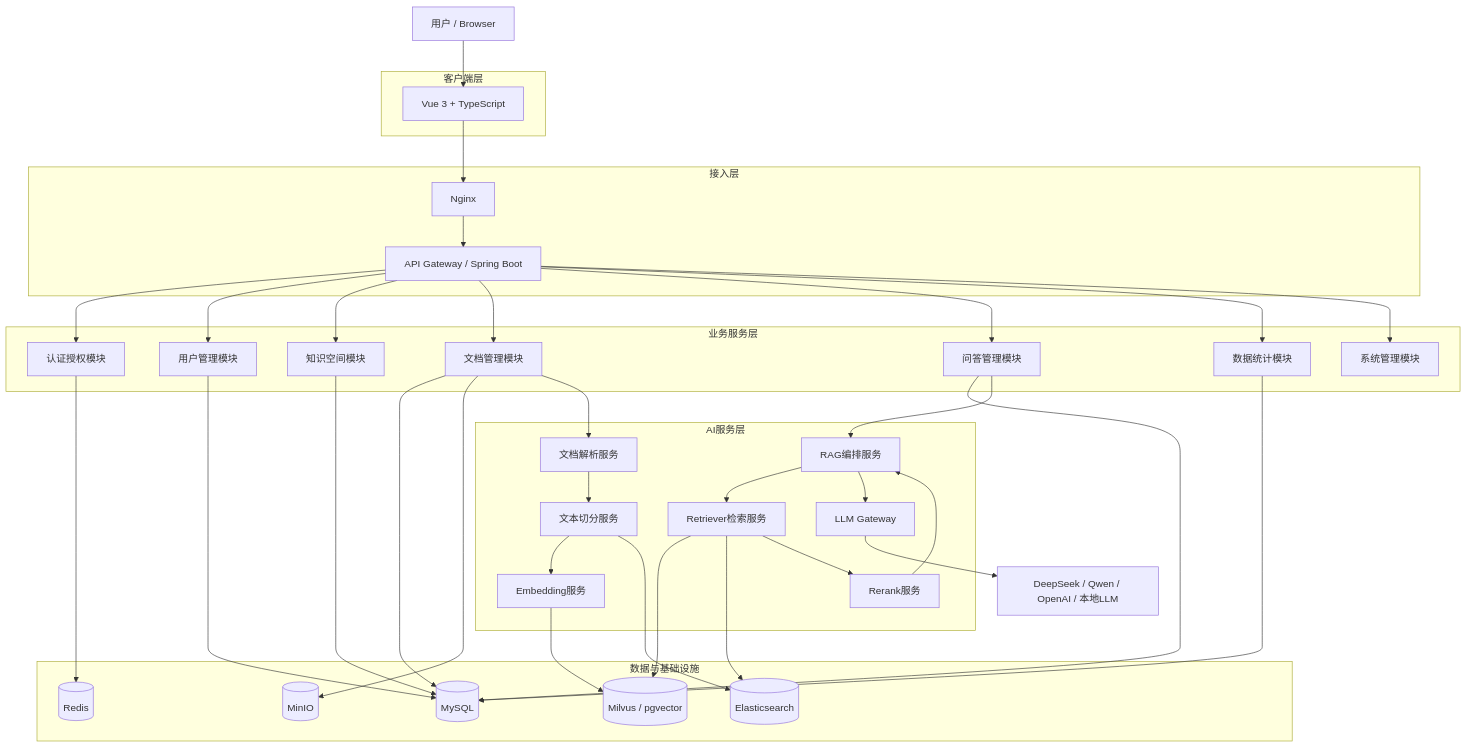
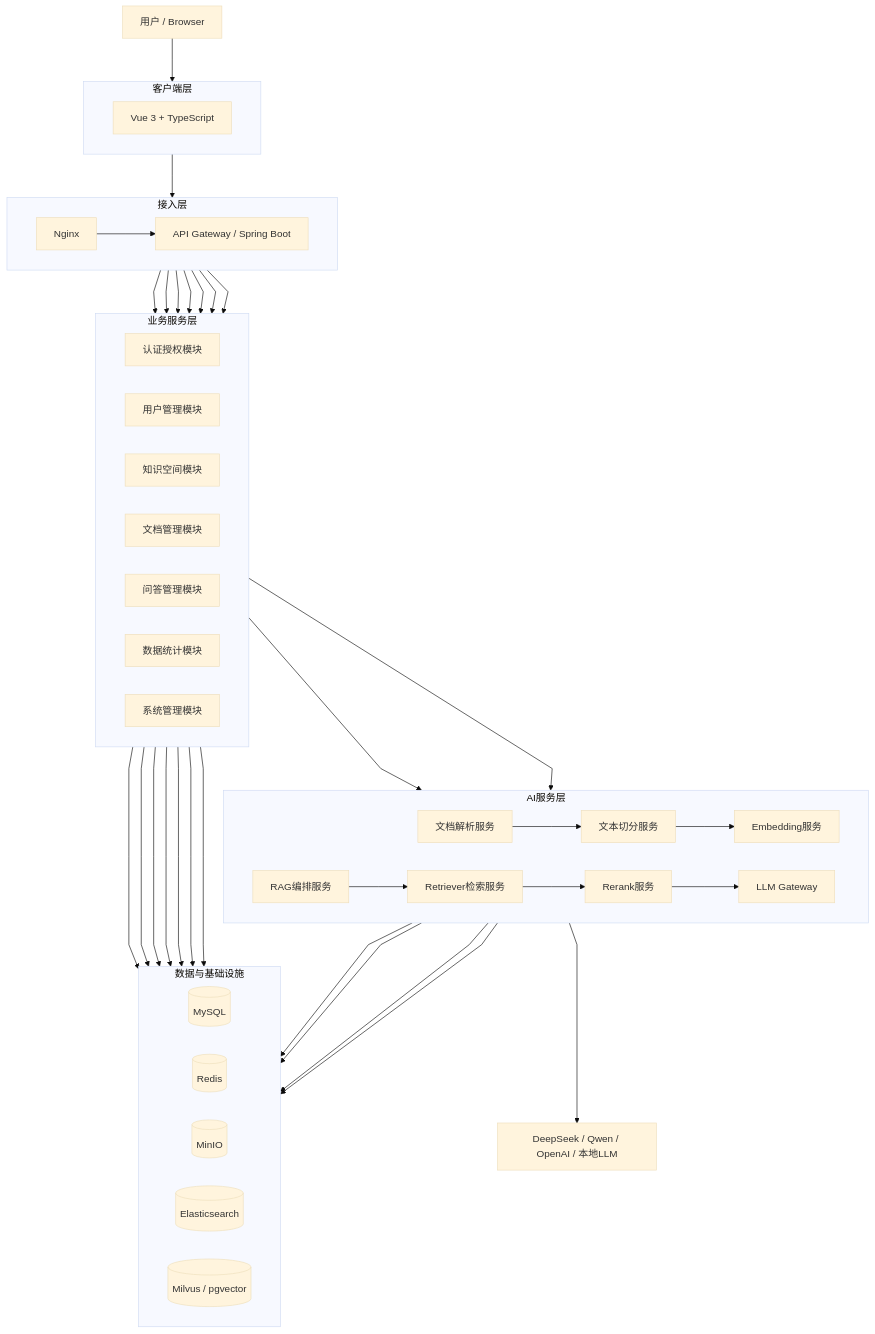
One commit to YJsnz/Agent changed the fifth of 22 diagrams in readme.md. Above: the diagram before and after it, drawn with Mermaid. The commit also changed other lines of this file, not shown here.

````diff
--- a/readme.md
+++ b/readme.md
@@ -467,17 +486,21 @@
 ```mermaid
+%%{init: {"theme":"base","themeVariables":{"fontFamily":"Microsoft YaHei, Arial, sans-serif"},"flowchart":{"curve":"linear","nodeSpacing":45,"rankSpacing":70,"padding":14,"useMaxWidth":false}}}%%
 flowchart TB
     U["用户 / Browser"]
 
     subgraph FE["客户端层"]
+        direction LR
         WEB["Vue 3 + TypeScript"]
     end
 
     subgraph ACCESS["接入层"]
+        direction LR
         NGINX["Nginx"]
         GATEWAY["API Gateway / Spring Boot"]
     end
 
     subgraph BIZ["业务服务层"]
+        direction LR
         AUTH["认证授权模块"]
         USER["用户管理模块"]
         SPACE["知识空间模块"]
@@ -488,6 +511,7 @@
     end
 
     subgraph AI["AI服务层"]
+        direction LR
         PARSER["文档解析服务"]
         CHUNK["文本切分服务"]
         EMB["Embedding服务"]
@@ -498,6 +522,7 @@
     end
 
     subgraph DATA["数据与基础设施"]
+        direction LR
         MYSQL[("MySQL")]
         REDIS[("Redis")]
         MINIO[("MinIO")]
@@ -538,7 +563,6 @@
     RET --> VECTOR
     RET --> ES
     RET --> RR
-    RR --> RAG
-    RAG --> LLMGW
+    RR --> LLMGW
     LLMGW --> MODEL
 ```
````
